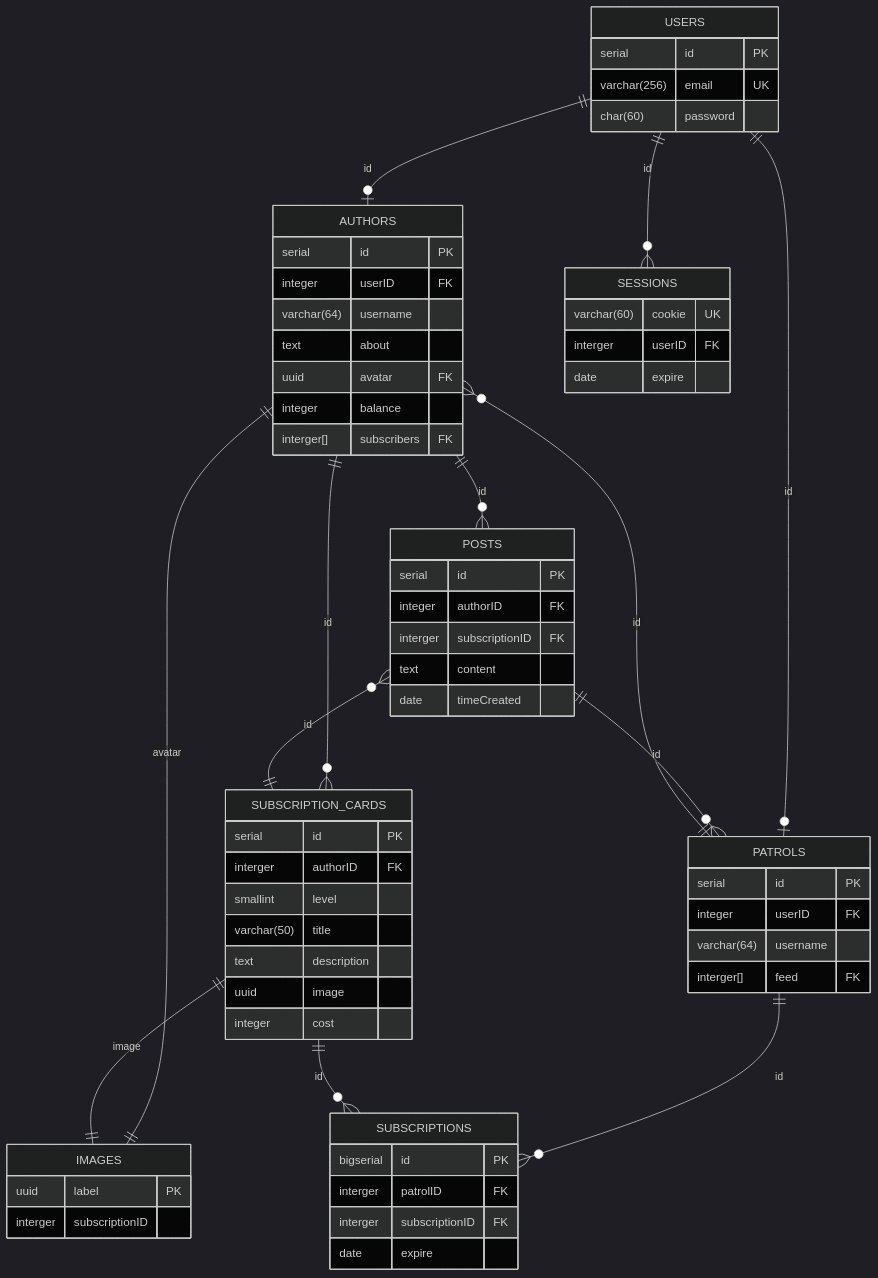
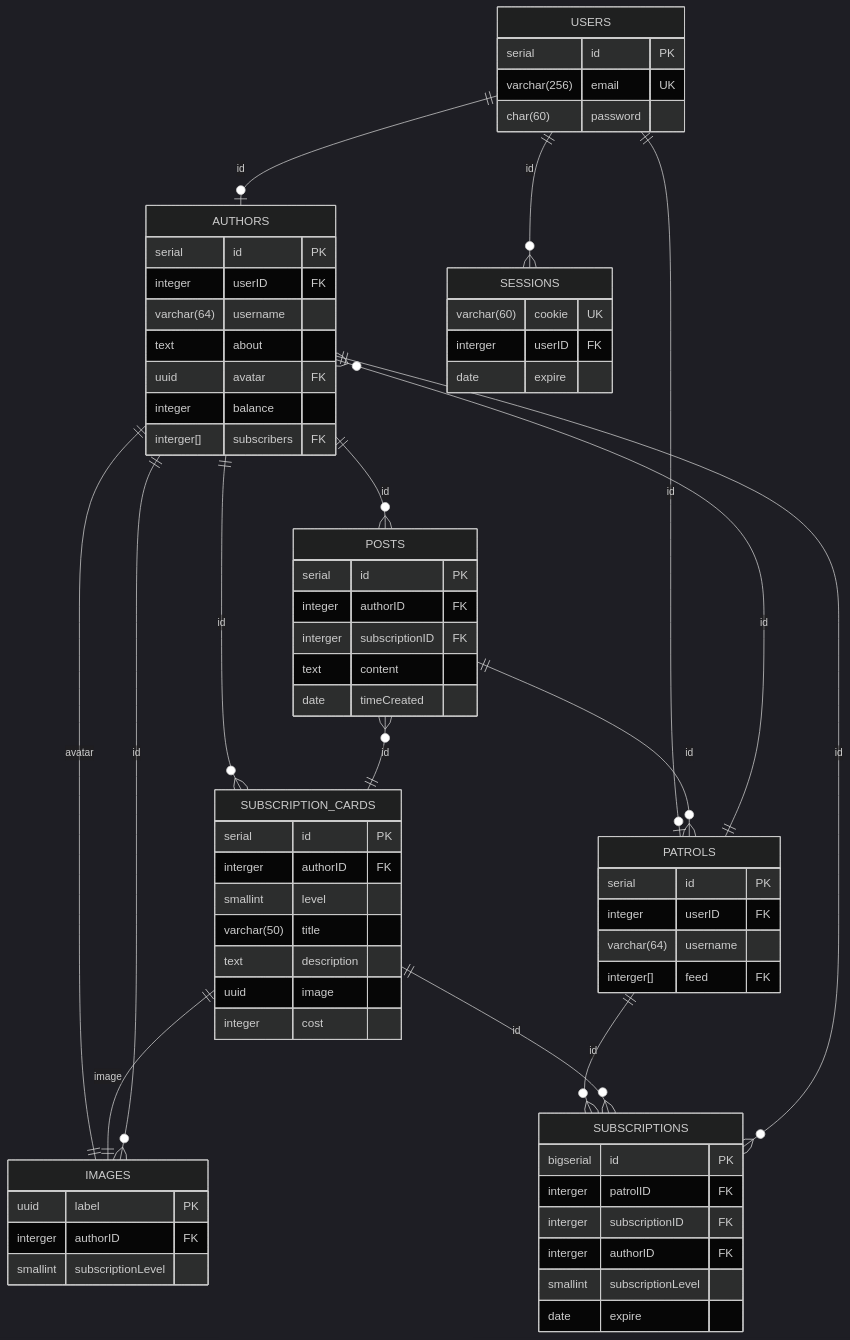
One commit to leonard-pak/technopark-highload-coursework changed the first of 2 diagrams in README.md. Above: the diagram before and after it, drawn with Mermaid (dark theme). The commit also changed other lines of this file and 1 other file, not shown here.

````diff
--- a/README.md
+++ b/README.md
@@ -251,67 +251,72 @@
 ```mermaid
   erDiagram
     USERS {
       serial id PK
       varchar(256) email UK
       char(60) password
     }
     AUTHORS {
       serial id PK
       integer userID FK
       varchar(64) username
       text about
       uuid avatar FK
       integer balance
       interger[] subscribers FK
     }
     PATROLS {
       serial id PK
       integer userID FK
       varchar(64) username
       interger[] feed FK
     }
     POSTS {
       serial id PK
       integer authorID FK
       interger subscriptionID FK
       text content
       date timeCreated
     }
     SUBSCRIPTION_CARDS {
       serial id PK
       interger authorID FK
       smallint level
       varchar(50) title
       text description
       uuid image
       integer cost
     }
     SESSIONS {
       varchar(60) cookie UK
       interger userID FK
       date expire
     }
     SUBSCRIPTIONS {
       bigserial id PK
       interger patrolID FK
       interger subscriptionID FK
+      interger authorID FK
+      smallint subscriptionLevel
       date expire
     }
     IMAGES {
       uuid label PK
-      interger subscriptionID
+      interger authorID FK
+      smallint subscriptionLevel
     }
 
     AUTHORS ||--o{ POSTS: id
     AUTHORS ||--|| IMAGES: avatar
     USERS ||--o| AUTHORS: id
     USERS ||--o| PATROLS: id
     USERS ||--o{ SESSIONS: id
     AUTHORS ||--o{ SUBSCRIPTION_CARDS: id
     POSTS }o--|| SUBSCRIPTION_CARDS: id
     SUBSCRIPTION_CARDS ||--|| IMAGES: image
     PATROLS ||--o{ SUBSCRIPTIONS: id
     SUBSCRIPTION_CARDS ||--o{ SUBSCRIPTIONS: id
     POSTS ||--o{ PATROLS: id
     PATROLS ||--o{ AUTHORS: id
+    AUTHORS ||--o{ SUBSCRIPTIONS: id
+    AUTHORS ||--o{ IMAGES: id
 ```
````
